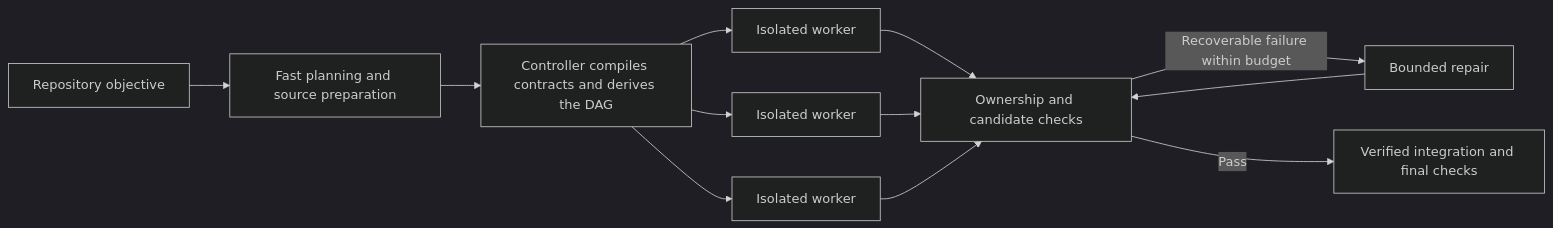
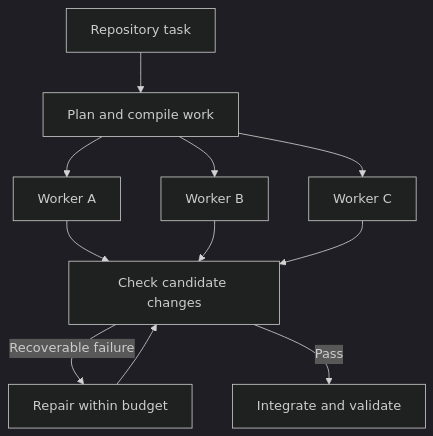
The diagram in README.md (snehalyelmati/fanout), drawn with Mermaid (dark theme) before and after one commit. The commit also changed other lines of this file, not shown here.

````diff
--- a/README.md
+++ b/README.md
@@ -24,14 +17,13 @@
 ```mermaid
-flowchart LR
-  A[Repository objective] --> B[Fast planning and source preparation]
-  B --> C[Controller compiles contracts and derives the DAG]
-  C --> W1[Isolated worker]
-  C --> W2[Isolated worker]
-  C --> W3[Isolated worker]
-  W1 --> V[Ownership and candidate checks]
+flowchart TD
+  A[Repository task] --> B[Plan and compile work]
+  B --> W1[Worker A]
+  B --> W2[Worker B]
+  B --> W3[Worker C]
+  W1 --> V[Check candidate changes]
   W2 --> V
   W3 --> V
-  V -->|Recoverable failure within budget| R[Bounded repair]
+  V -->|Recoverable failure| R[Repair within budget]
   R --> V
-  V -->|Pass| I[Verified integration and final checks]
+  V -->|Pass| I[Integrate and validate]
 ```
````
